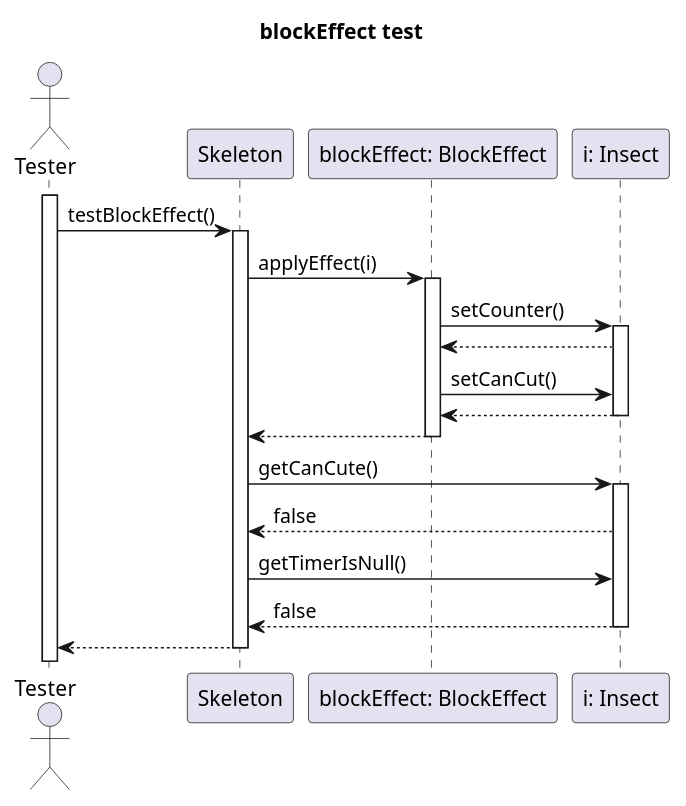
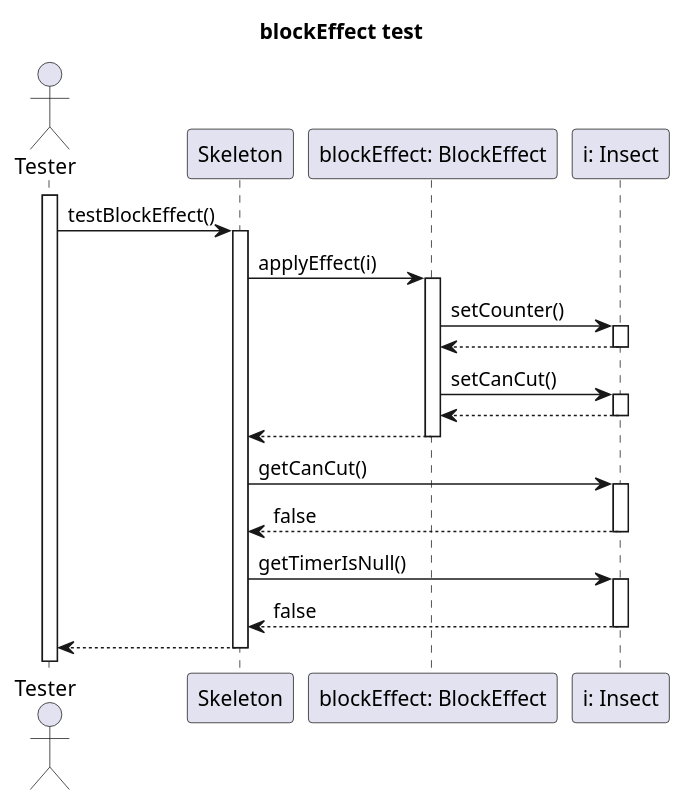
One commit to dzsem/projlab changed the diagram in diagrams/test-sequence/effect/blockEffect.plantuml. Above: the diagram before and after it, drawn with PlantUML. The commit also changed 1 other file, not shown here.

```diff
--- a/diagrams/test-sequence/effect/blockEffect.plantuml
+++ b/diagrams/test-sequence/effect/blockEffect.plantuml
@@ -1,45 +1,49 @@
 @startuml blockEffect
 
 title blockEffect test
 
 Actor Tester as test
 participant "Skeleton" as tester
 
 participant "blockEffect: BlockEffect" as speed
 participant "i: Insect" as insect
 
 activate test
 
 test -> tester: testBlockEffect()
 activate tester
 
 tester -> speed: applyEffect(i)
 activate speed
 
 speed->insect:setCounter()
 activate insect
 
 speed<--insect
+deactivate insect
 
 speed->insect:setCanCut()
+activate insect
+
 speed<--insect
 deactivate insect
 
 speed --> tester
 deactivate speed
 
-tester -> insect: getCanCute()
+tester -> insect: getCanCut()
 activate insect
 
 insect -->tester:false
-
+deactivate insect
 
 tester -> insect: getTimerIsNull()
 
+activate insect
 insect -->tester:false
 deactivate insect
 
 test<-- tester
 deactivate tester
 
 @enduml
```
